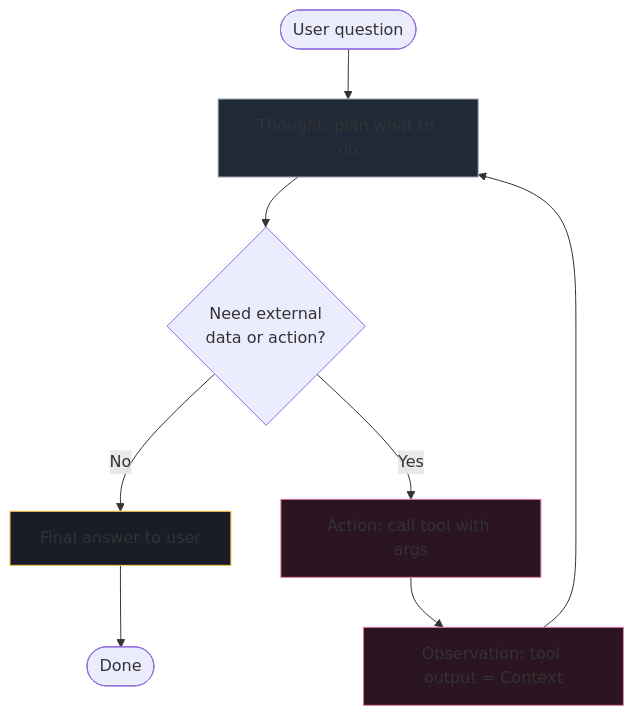
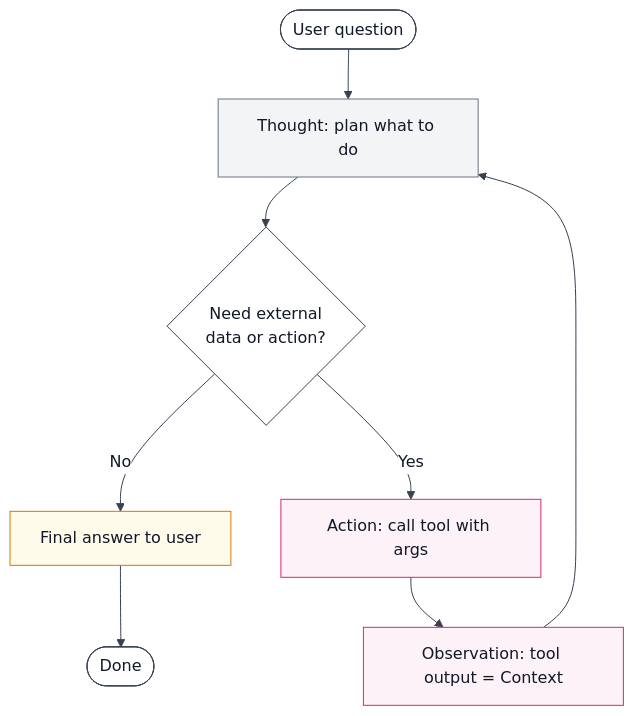
The second of 10 diagrams in updatedlangchain/reference/README.md (rahusri2/Agentic_AI), drawn with Mermaid before and after one commit. The commit also changed other lines of this file and 1 other file, not shown here.

````diff
--- a/updatedlangchain/reference/README.md
+++ b/updatedlangchain/reference/README.md
@@ -47,15 +53,16 @@
 ```mermaid
+%%{init: {"theme":"base","themeVariables":{"primaryColor":"#ffffff","primaryTextColor":"#111827","primaryBorderColor":"#374151","lineColor":"#374151","mainBkg":"#ffffff","nodeTextColor":"#111827"}}}%%
 flowchart TD
   START([User question]) --> THOUGHT[Thought: plan what to do]
   THOUGHT --> NEED{Need external<br/>data or action?}
   NEED -->|No| ANSWER[Final answer to user]
   NEED -->|Yes| ACTION[Action: call tool with args]
   ACTION --> OBS[Observation: tool output = Context]
   OBS --> THOUGHT
   ANSWER --> END([Done])
 
-  style THOUGHT fill:#1f2937,stroke:#9ca3af
-  style ACTION fill:#2a1520,stroke:#e879a9
-  style OBS fill:#2a1520,stroke:#e879a9
-  style ANSWER fill:#1a1d27,stroke:#f4c542
+  style THOUGHT fill:#f3f4f6,stroke:#6b7280,color:#111827
+  style ACTION fill:#fdf2f8,stroke:#db2777,color:#111827
+  style OBS fill:#fdf2f8,stroke:#db2777,color:#111827
+  style ANSWER fill:#fffbeb,stroke:#d97706,color:#111827
 ```
````
